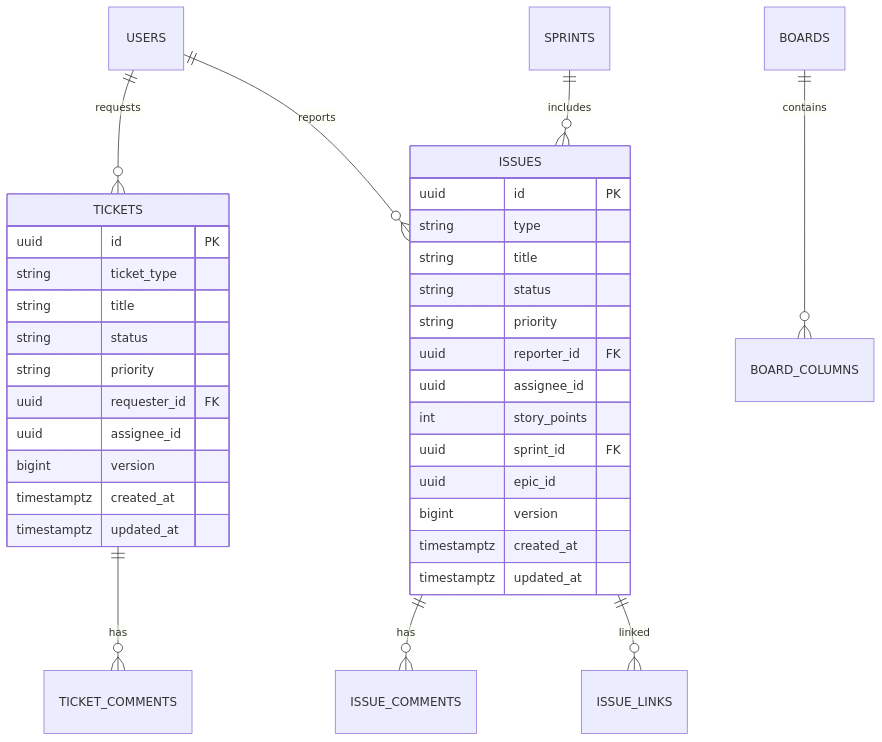
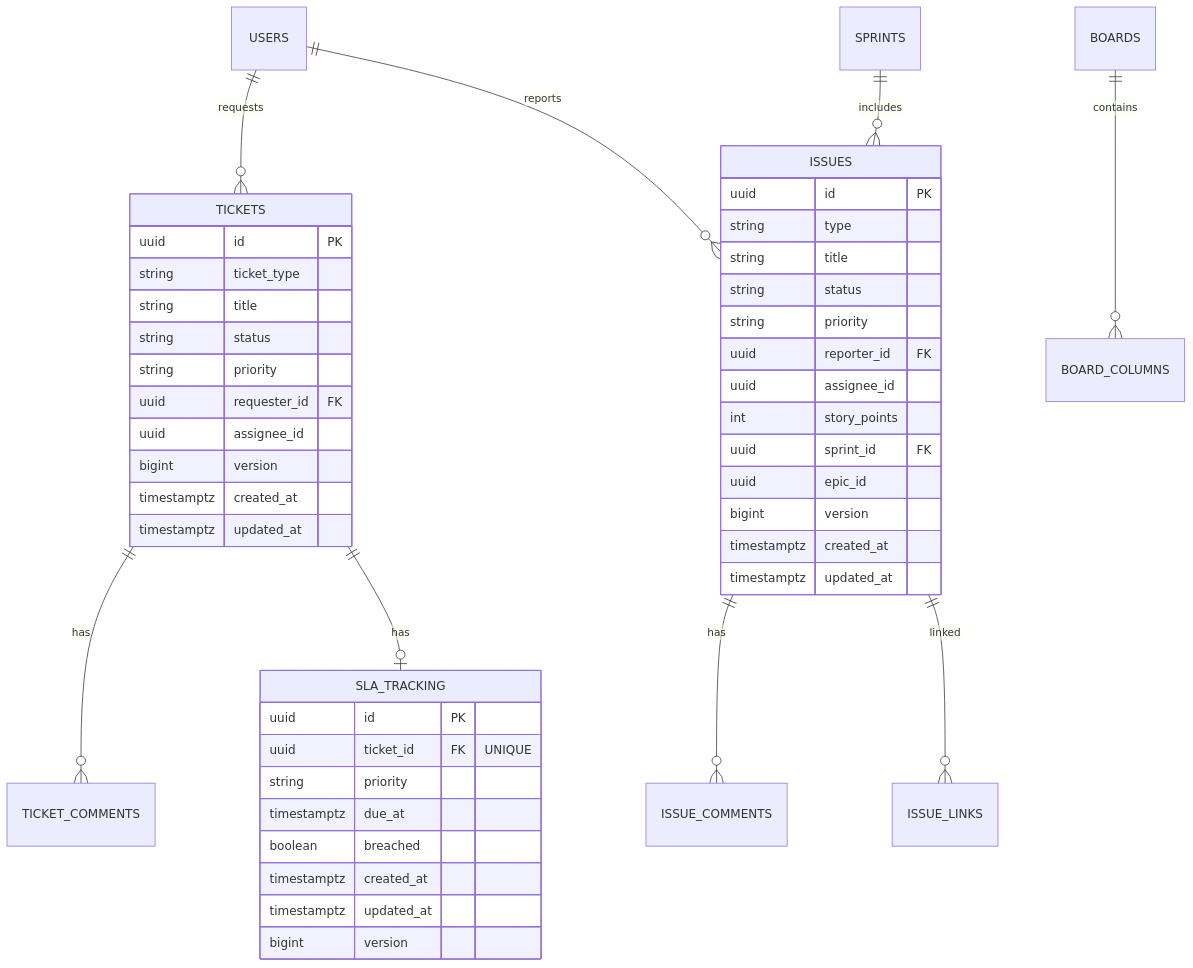
One commit to monosense-io/synergyflow changed the diagram in docs/architecture/data-model.md. Above: the diagram before and after it, drawn with Mermaid. The commit also changed other lines of this file and 38 other files, not shown here.

First line of the commit message:
feat: implement SLA tracking with priority-based deadlines (Story 2.3 - APPROVED)

````diff
--- a/docs/architecture/data-model.md
+++ b/docs/architecture/data-model.md
@@ -10,38 +10,49 @@
 ```mermaid
 erDiagram
   USERS ||--o{ TICKETS : requests
   USERS ||--o{ ISSUES : reports
   TICKETS ||--o{ TICKET_COMMENTS : has
+  TICKETS ||--o| SLA_TRACKING : has
   ISSUES ||--o{ ISSUE_COMMENTS : has
   ISSUES ||--o{ ISSUE_LINKS : linked
   BOARDS ||--o{ BOARD_COLUMNS : contains
   SPRINTS ||--o{ ISSUES : includes
 
   TICKETS {
     uuid id PK
     string ticket_type
     string title
     string status
     string priority
     uuid requester_id FK
     uuid assignee_id
     bigint version
     timestamptz created_at
     timestamptz updated_at
   }
+  SLA_TRACKING {
+    uuid id PK
+    uuid ticket_id FK "UNIQUE"
+    string priority
+    timestamptz due_at
+    boolean breached
+    timestamptz created_at
+    timestamptz updated_at
+    bigint version
+  }
   ISSUES {
     uuid id PK
     string type
     string title
     string status
     string priority
     uuid reporter_id FK
     uuid assignee_id
     int story_points
     uuid sprint_id FK
     uuid epic_id
     bigint version
     timestamptz created_at
     timestamptz updated_at
   }
 ```
````
